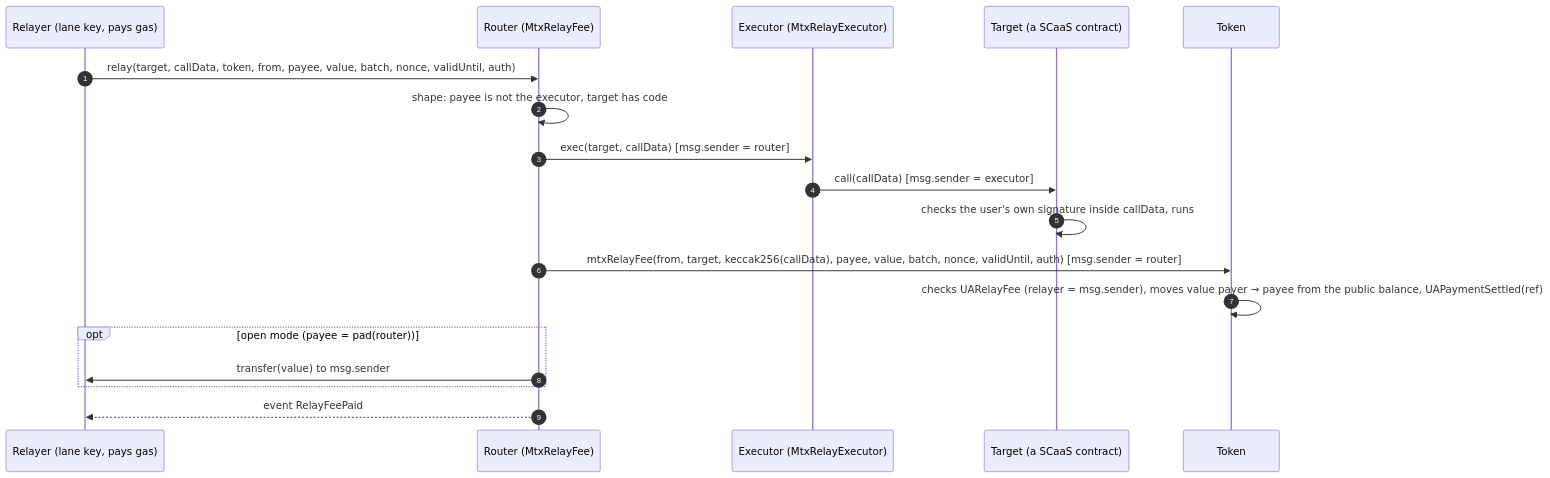
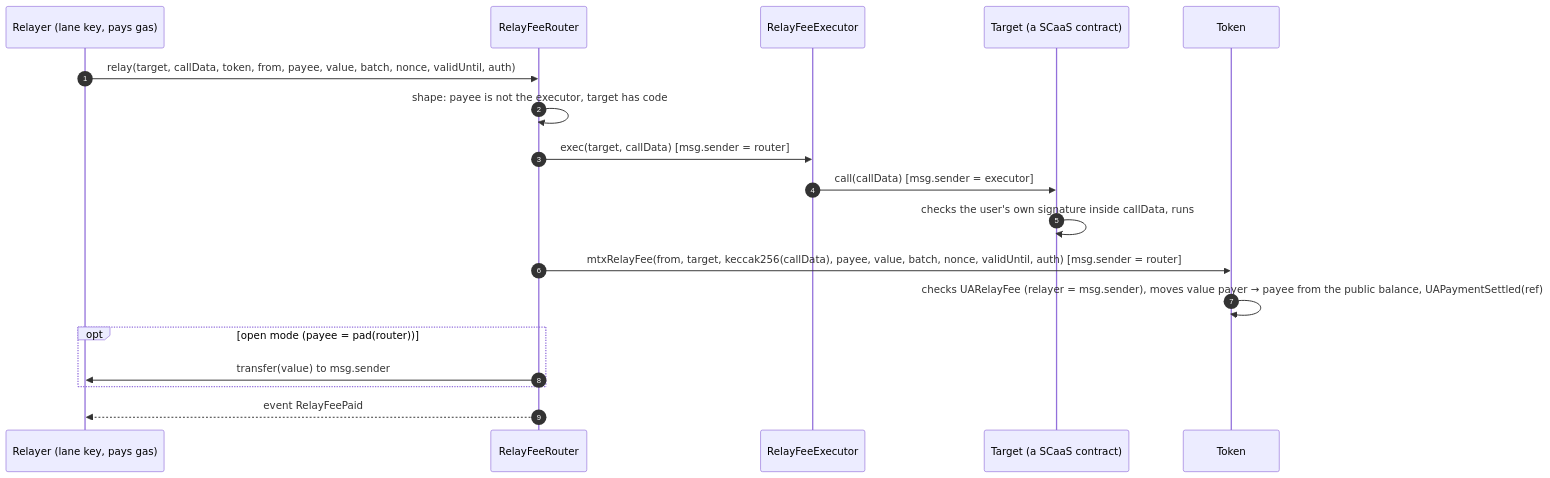
One commit to dinhduongha/scaas changed the third of 3 diagrams in docs/contracts/metatx.md. Above: the diagram before and after it, drawn with Mermaid. The commit also changed other lines of this file and 39 other files, not shown here.

````diff
--- a/docs/contracts/metatx.md
+++ b/docs/contracts/metatx.md
@@ -979,20 +979,20 @@
 ```mermaid
 sequenceDiagram
     autonumber
     participant R as Relayer (lane key, pays gas)
-    participant F as Router (MtxRelayFee)
-    participant X as Executor (MtxRelayExecutor)
+    participant F as RelayFeeRouter
+    participant X as RelayFeeExecutor
     participant T as Target (a SCaaS contract)
     participant K as Token
     R->>F: relay(target, callData, token, from, payee, value, batch, nonce, validUntil, auth)
     F->>F: shape: payee is not the executor, target has code
     F->>X: exec(target, callData) [msg.sender = router]
     X->>T: call(callData) [msg.sender = executor]
     T->>T: checks the user's own signature inside callData, runs
     F->>K: mtxRelayFee(from, target, keccak256(callData), payee, value, batch, nonce, validUntil, auth) [msg.sender = router]
     K->>K: checks UARelayFee (relayer = msg.sender), moves value payer → payee from the public balance, UAPaymentSettled(ref)
     opt open mode (payee = pad(router))
         F->>R: transfer(value) to msg.sender
     end
     F-->>R: event RelayFeePaid
 ```
````
